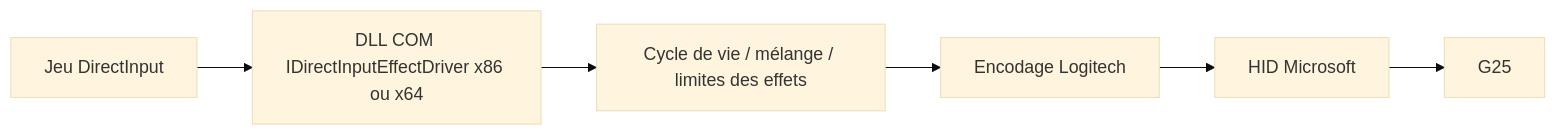
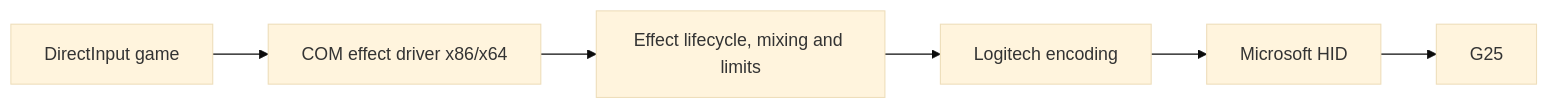
Before and after one commit to hicwic/g25-w11-driver: the second of 2 diagrams in docs/windows_architecture.md, drawn with Mermaid (base theme). The commit also changed other lines of this file and 4 other files, not shown here.

````diff
--- a/docs/windows_architecture.md
+++ b/docs/windows_architecture.md
@@ -67,7 +58,7 @@
 ```mermaid
 flowchart LR
-    J[Jeu DirectInput] --> F[DLL COM IDirectInputEffectDriver x86 ou x64]
-    F --> E[Cycle de vie / mélange / limites des effets]
-    E --> L[Encodage Logitech]
-    L --> H[HID Microsoft] --> G[G25]
+    J[DirectInput game] --> F[COM effect driver x86/x64]
+    F --> E[Effect lifecycle, mixing and limits]
+    E --> L[Logitech encoding]
+    L --> H[Microsoft HID] --> G[G25]
 ```
````
